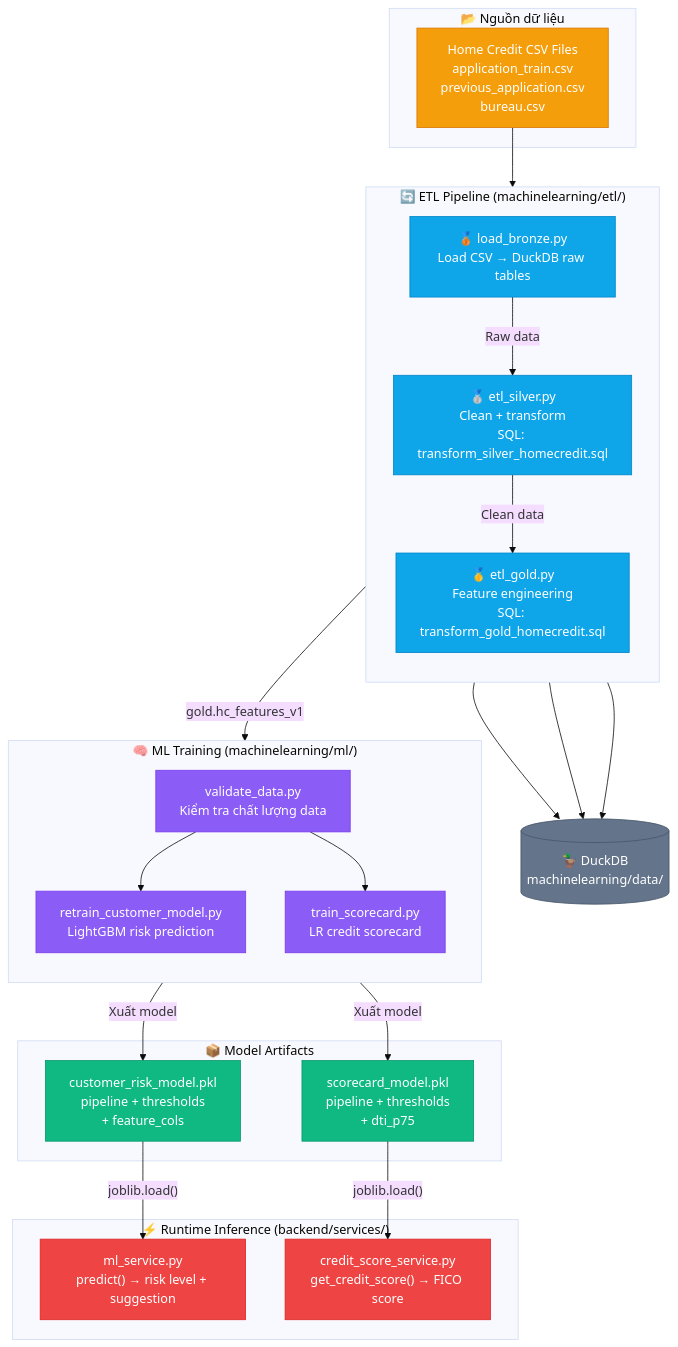
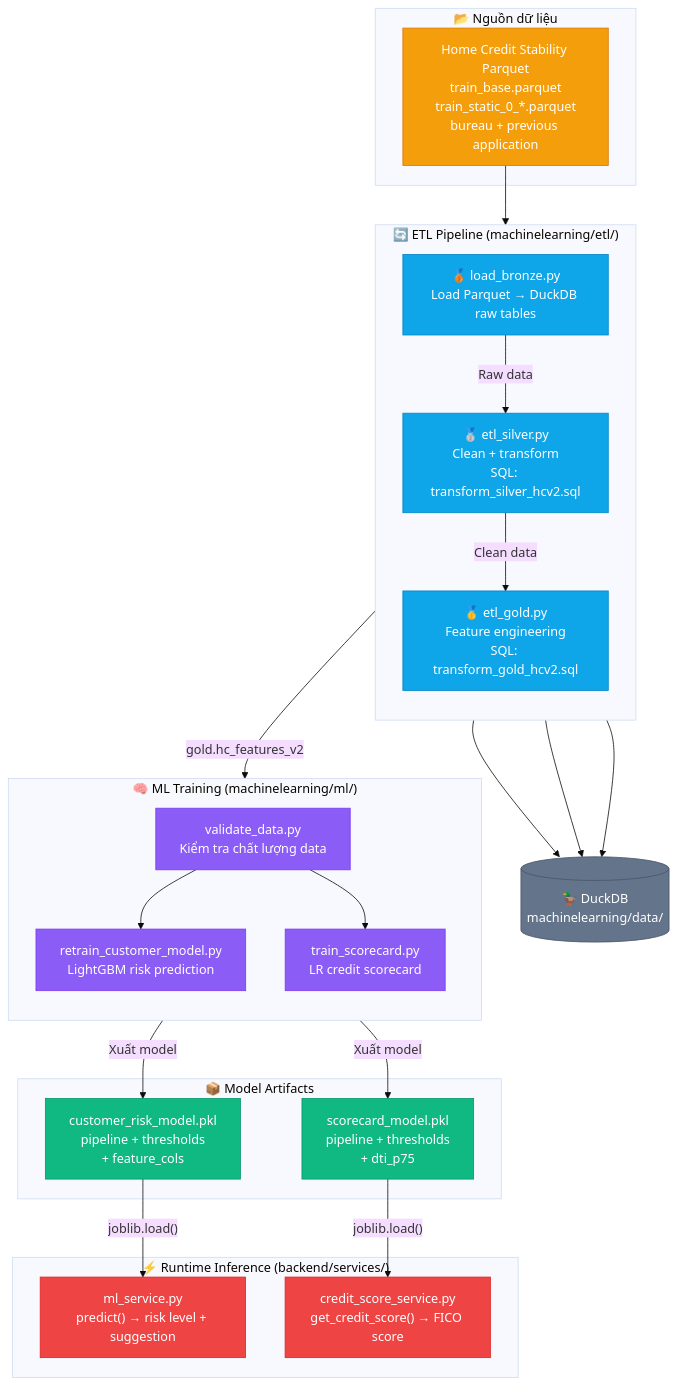
The third of 3 diagrams in README.md (VTD0102/Loan_ETL), drawn with Mermaid (base theme) before and after one commit. The commit also changed other lines of this file and 29 other files, not shown here.

Commit message:
feat: upgrade customer risk model to v4 stability dataset with updated feature set and expanded credit metrics

````diff
--- a/README.md
+++ b/README.md
@@ -201,64 +201,64 @@
 ```mermaid
 graph TB
     subgraph DATA_SOURCE["📂 Nguồn dữ liệu"]
-        CSV["Home Credit CSV Files<br/>application_train.csv<br/>previous_application.csv<br/>bureau.csv"]
+        CSV["Home Credit Stability Parquet<br/>train_base.parquet<br/>train_static_0_*.parquet<br/>bureau + previous application"]
     end
 
     subgraph ETL_PIPELINE["🔄 ETL Pipeline (machinelearning/etl/)"]
         direction TB
-        BRONZE["🥉 load_bronze.py<br/>Load CSV → DuckDB raw tables"]
-        SILVER["🥈 etl_silver.py<br/>Clean + transform<br/>SQL: transform_silver_homecredit.sql"]
-        GOLD["🥇 etl_gold.py<br/>Feature engineering<br/>SQL: transform_gold_homecredit.sql"]
+        BRONZE["🥉 load_bronze.py<br/>Load Parquet → DuckDB raw tables"]
+        SILVER["🥈 etl_silver.py<br/>Clean + transform<br/>SQL: transform_silver_hcv2.sql"]
+        GOLD["🥇 etl_gold.py<br/>Feature engineering<br/>SQL: transform_gold_hcv2.sql"]
     end
 
     CSV --> BRONZE
     BRONZE -->|"Raw data"| SILVER
     SILVER -->|"Clean data"| GOLD
 
     subgraph ML_TRAINING["🧠 ML Training (machinelearning/ml/)"]
         direction TB
         VALIDATE["validate_data.py<br/>Kiểm tra chất lượng data"]
         TRAIN_RISK["retrain_customer_model.py<br/>LightGBM risk prediction"]
         TRAIN_SCORE["train_scorecard.py<br/>LR credit scorecard"]
     end
 
-    GOLD -->|"gold.hc_features_v1"| VALIDATE
+    GOLD -->|"gold.hc_features_v2"| VALIDATE
     VALIDATE --> TRAIN_RISK
     VALIDATE --> TRAIN_SCORE
 
     subgraph ARTIFACTS["📦 Model Artifacts"]
         PKL_RISK["customer_risk_model.pkl<br/>pipeline + thresholds<br/>+ feature_cols"]
         PKL_SCORE["scorecard_model.pkl<br/>pipeline + thresholds<br/>+ dti_p75"]
     end
 
     TRAIN_RISK -->|"Xuất model"| PKL_RISK
     TRAIN_SCORE -->|"Xuất model"| PKL_SCORE
 
     subgraph RUNTIME["⚡ Runtime Inference (backend/services/)"]
         ML_RT["ml_service.py<br/>predict() → risk level + suggestion"]
         CS_RT["credit_score_service.py<br/>get_credit_score() → FICO score"]
     end
 
     PKL_RISK -->|"joblib.load()"| ML_RT
     PKL_SCORE -->|"joblib.load()"| CS_RT
 
     DUCKDB2[("🦆 DuckDB<br/>machinelearning/data/")]
 
     BRONZE --> DUCKDB2
     SILVER --> DUCKDB2
     GOLD --> DUCKDB2
 
     classDef source fill:#f59e0b,stroke:#d97706,color:#fff
     classDef etl fill:#0ea5e9,stroke:#0284c7,color:#fff
     classDef ml fill:#8b5cf6,stroke:#7c3aed,color:#fff
     classDef artifact fill:#10b981,stroke:#059669,color:#fff
     classDef runtime fill:#ef4444,stroke:#dc2626,color:#fff
     classDef db fill:#64748b,stroke:#475569,color:#fff
 
     class CSV source
     class BRONZE,SILVER,GOLD etl
     class VALIDATE,TRAIN_RISK,TRAIN_SCORE ml
     class PKL_RISK,PKL_SCORE artifact
     class ML_RT,CS_RT runtime
     class DUCKDB2 db
 ```
````
